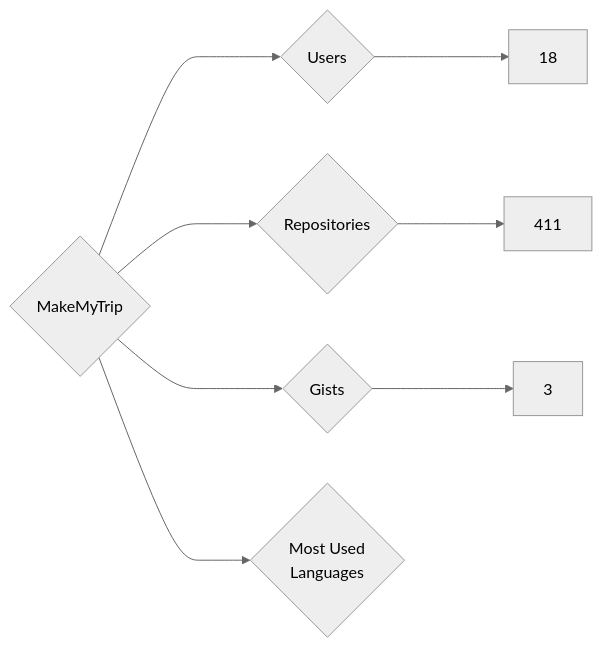
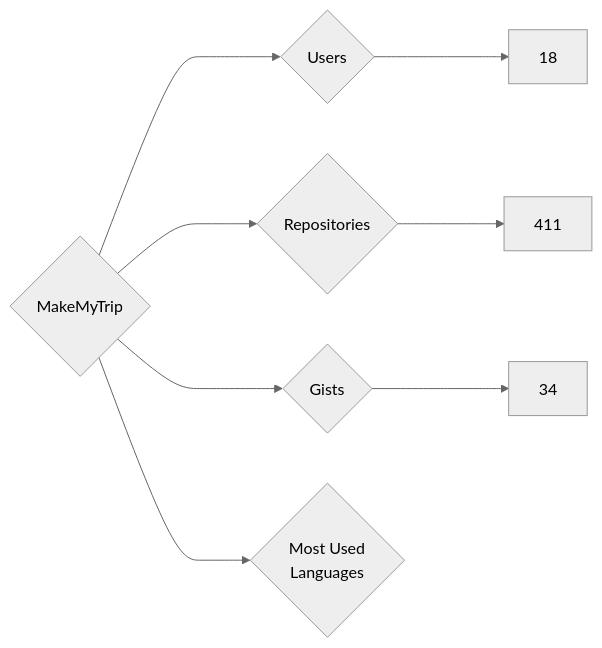
One commit to nenadzaric/insiders changed the diagram in targets/MakeMyTrip/README.md. Above: the diagram before and after it, drawn with Mermaid (neutral theme). The commit also changed 1342 other files, not shown here.

````diff
--- a/targets/MakeMyTrip/README.md
+++ b/targets/MakeMyTrip/README.md
@@ -3,8 +3,8 @@
 ```mermaid
 graph LR
 COMPANY_NAME{MakeMyTrip}
 COMPANY_NAME ---> U{Users} ---> UN[18]
 COMPANY_NAME ---> R{Repositories} ---> RN[411]
-COMPANY_NAME ---> G{Gists} ---> GN[3]
+COMPANY_NAME ---> G{Gists} ---> GN[34]
 COMPANY_NAME ---> ML{Most Used<br>Languages}
 ```
````
